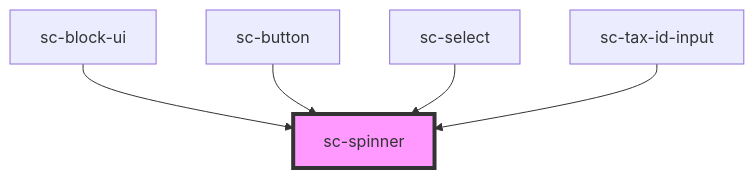
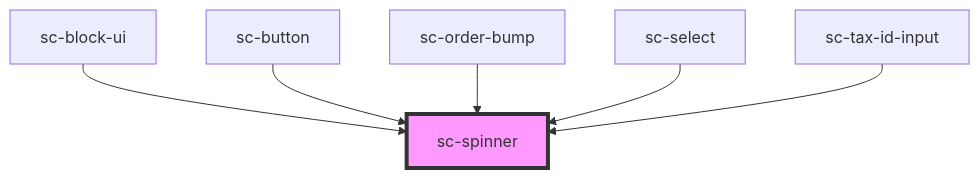
The diagram in packages/components/src/components/ui/spinner/readme.md (surecart/surecart-wp-plugin), drawn with Mermaid before and after one commit. The commit also changed other lines of this file and 8 other files, not shown here.

````diff
--- a/packages/components/src/components/ui/spinner/readme.md
+++ b/packages/components/src/components/ui/spinner/readme.md
@@ -32,8 +33,9 @@
 ```mermaid
 graph TD;
   sc-block-ui --> sc-spinner
   sc-button --> sc-spinner
+  sc-order-bump --> sc-spinner
   sc-select --> sc-spinner
   sc-tax-id-input --> sc-spinner
   style sc-spinner fill:#f9f,stroke:#333,stroke-width:4px
 ```
````
